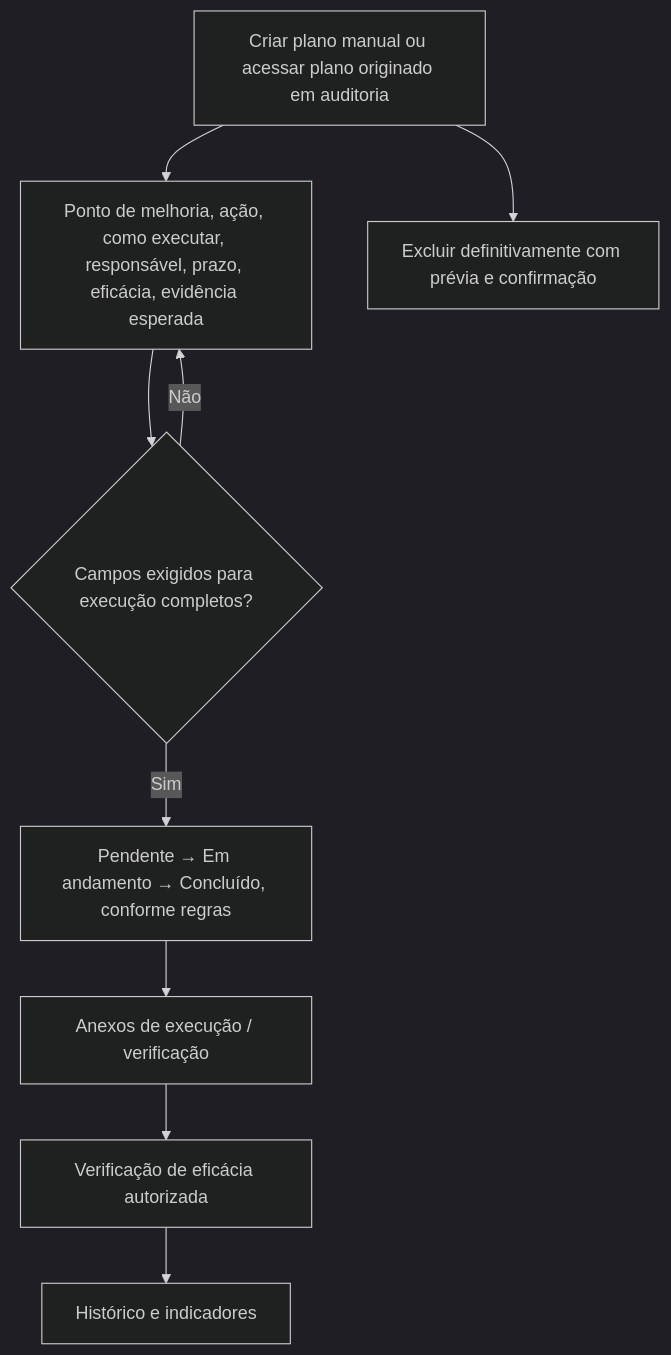
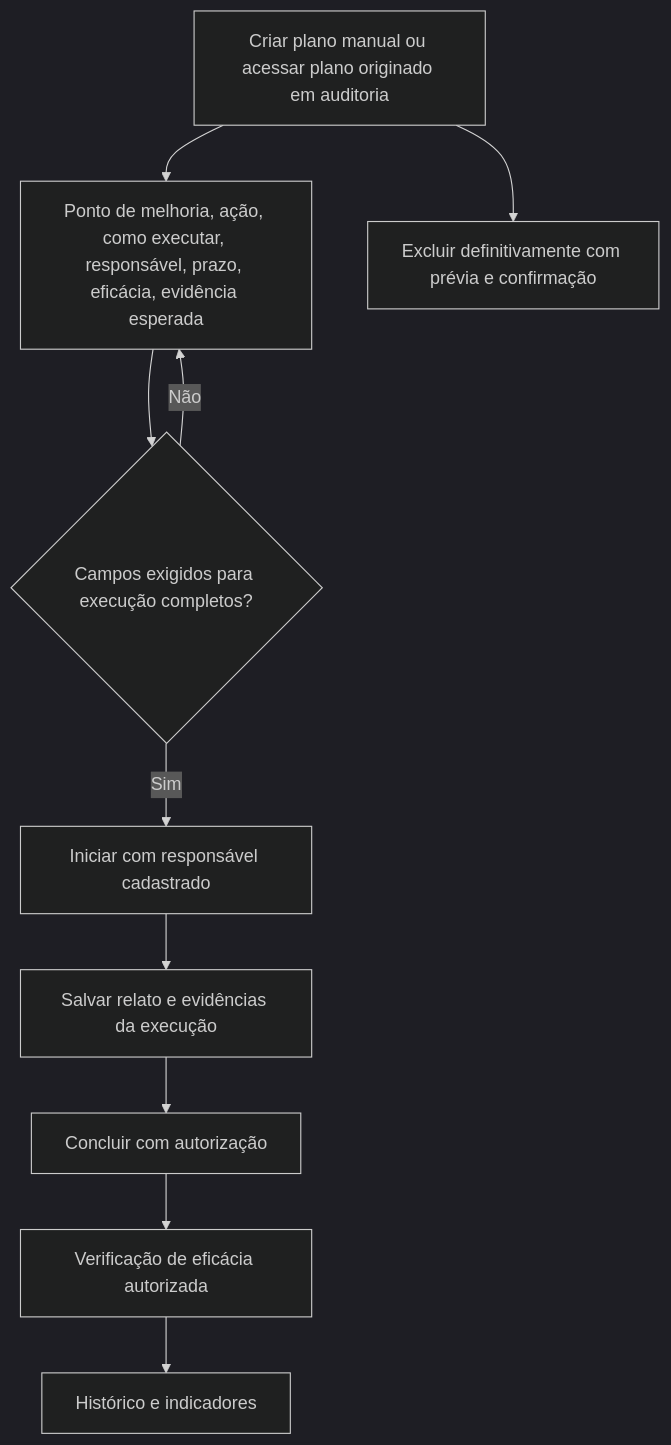
One commit to The-Vonky/Gaucha-Gestao changed the second of 2 diagrams in docs/modules/audit/OPERATOR_GUIDE_V1.md. Above: the diagram before and after it, drawn with Mermaid (dark theme). The commit also changed other lines of this file and 37 other files, not shown here.

Commit message:
Implementa delegação e relato de execução de planos de ação

```diff
--- a/docs/modules/audit/OPERATOR_GUIDE_V1.md
+++ b/docs/modules/audit/OPERATOR_GUIDE_V1.md
@@ -44,11 +44,12 @@
 ~~~mermaid
 flowchart TD
   ORI["Criar plano manual ou acessar plano originado em auditoria"] --> FIELDS["Ponto de melhoria, ação, como executar, responsável, prazo, eficácia, evidência esperada"]
   FIELDS --> READY{"Campos exigidos para execução completos?"}
   READY -- "Não" --> FIELDS
-  READY -- "Sim" --> EXEC["Pendente → Em andamento → Concluído, conforme regras"]
-  EXEC --> ANEX["Anexos de execução / verificação"]
-  ANEX --> VER["Verificação de eficácia autorizada"]
+  READY -- "Sim" --> EXEC["Iniciar com responsável cadastrado"]
+  EXEC --> ANEX["Salvar relato e evidências da execução"]
+  ANEX --> COMPLETE["Concluir com autorização"]
+  COMPLETE --> VER["Verificação de eficácia autorizada"]
   VER --> HIST["Histórico e indicadores"]
   ORI --> DELETE["Excluir definitivamente com prévia e confirmação"]
 ~~~
```
